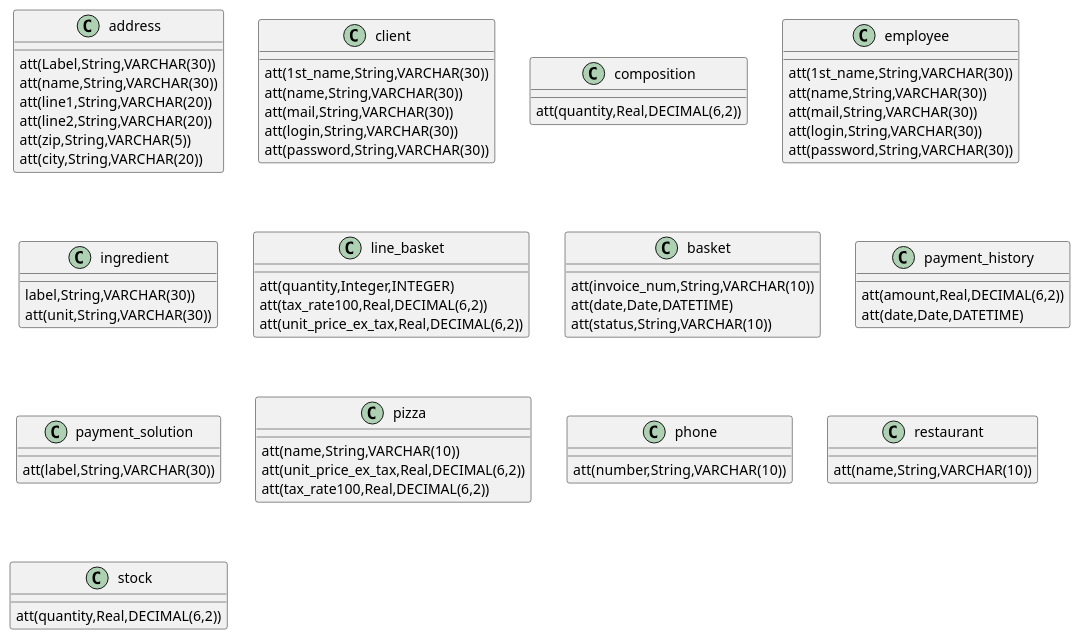
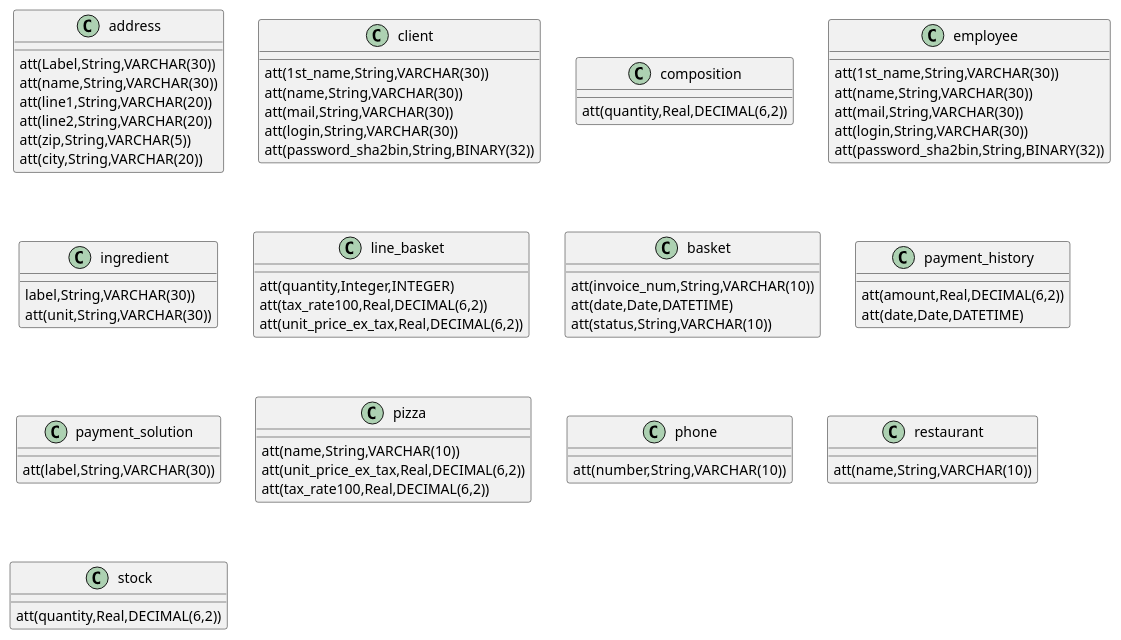
One commit to freezed/ocp6 changed the diagram in src-puml/attributes.iuml. Above: the diagram before and after it, drawn with PlantUML. The commit also changed 2 other files, not shown here.

```diff
--- a/src-puml/attributes.iuml
+++ b/src-puml/attributes.iuml
@@ -1,61 +1,61 @@
 /' = = = = = = = ATTRIBUTE = = = = = = = '/
 class address {
     att(Label,String,VARCHAR(30))
     att(name,String,VARCHAR(30))
     att(line1,String,VARCHAR(20))
     att(line2,String,VARCHAR(20))
     att(zip,String,VARCHAR(5))
     att(city,String,VARCHAR(20))
 }
 class client {
     att(1st_name,String,VARCHAR(30))
     att(name,String,VARCHAR(30))
     att(mail,String,VARCHAR(30))
     att(login,String,VARCHAR(30))
-    att(password,String,VARCHAR(30))
+    att(password_sha2bin,String,BINARY(32))
 }
 class composition {
     att(quantity,Real,DECIMAL(6,2))
 }
 class employee {
     att(1st_name,String,VARCHAR(30))
     att(name,String,VARCHAR(30))
     att(mail,String,VARCHAR(30))
     att(login,String,VARCHAR(30))
-    att(password,String,VARCHAR(30))
+    att(password_sha2bin,String,BINARY(32))
 }
 class ingredient {
     label,String,VARCHAR(30))
     att(unit,String,VARCHAR(30))
 }
 class line_basket {
     att(quantity,Integer,INTEGER)
     att(tax_rate100,Real,DECIMAL(6,2))
     att(unit_price_ex_tax,Real,DECIMAL(6,2))
 }
 class basket {
     att(invoice_num,String,VARCHAR(10))
     att(date,Date,DATETIME)
     att(status,String,VARCHAR(10))
 }
 class payment_history {
     att(amount,Real,DECIMAL(6,2))
     att(date,Date,DATETIME)
 }
 class payment_solution {
     att(label,String,VARCHAR(30))
 }
 class pizza {
     att(name,String,VARCHAR(10))
     att(unit_price_ex_tax,Real,DECIMAL(6,2))
     att(tax_rate100,Real,DECIMAL(6,2))
 }
 class phone {
     att(number,String,VARCHAR(10))
 }
 class restaurant {
     att(name,String,VARCHAR(10))
 }
 class stock {
     att(quantity,Real,DECIMAL(6,2))
 }
```
